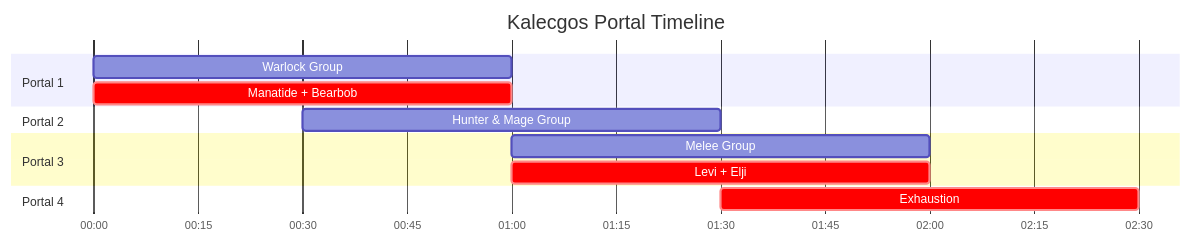
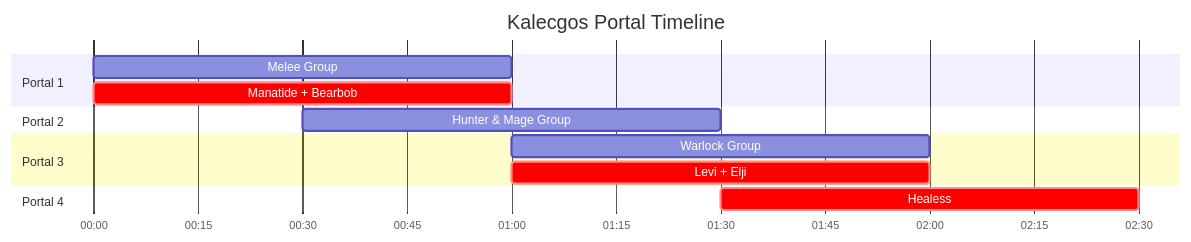
Before and after one commit to leemWF/READMEVault: the second of 11 diagrams in wepulled/swp/README.md, drawn with Mermaid. The commit also changed other lines of this file, not shown here.

````diff
--- a/wepulled/swp/README.md
+++ b/wepulled/swp/README.md
@@ -21,20 +21,20 @@
 ```mermaid
 gantt
     title Kalecgos Portal Timeline
     dateFormat  mm:ss
     axisFormat %M:%S
 
     section Portal 1
-    Warlock Group           :p1, 00:00, 1m
+    Melee Group           :p1, 00:00, 1m
     Manatide + Bearbob     :crit, 00:00, 1m
     
     section Portal 2
     Hunter & Mage Group      :p2, 00:30, 1m
 
     section Portal 3
-    Melee Group    :p3, 01:00, 1m
+    Warlock Group    :p3, 01:00, 1m
     Levi +  Elji     :crit, 01:00, 1m
 
     section Portal 4
-    Exhaustion      :crit, p4, 01:30, 1m
+    Healess      :crit, p4, 01:30, 1m
 ```
````
